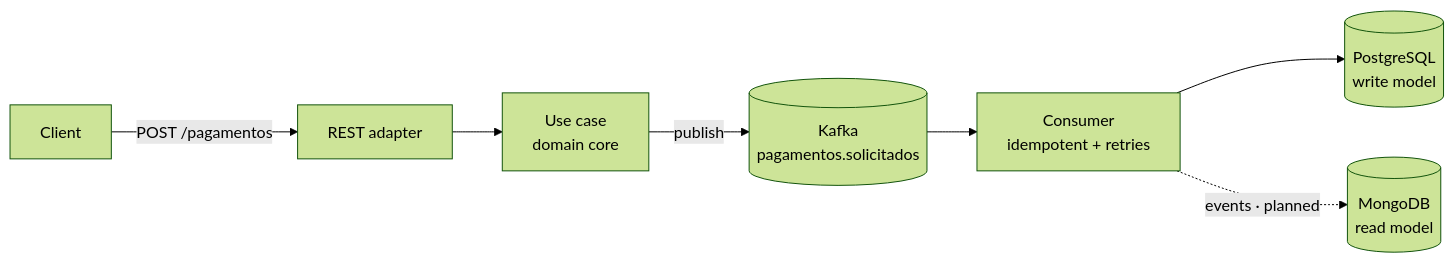
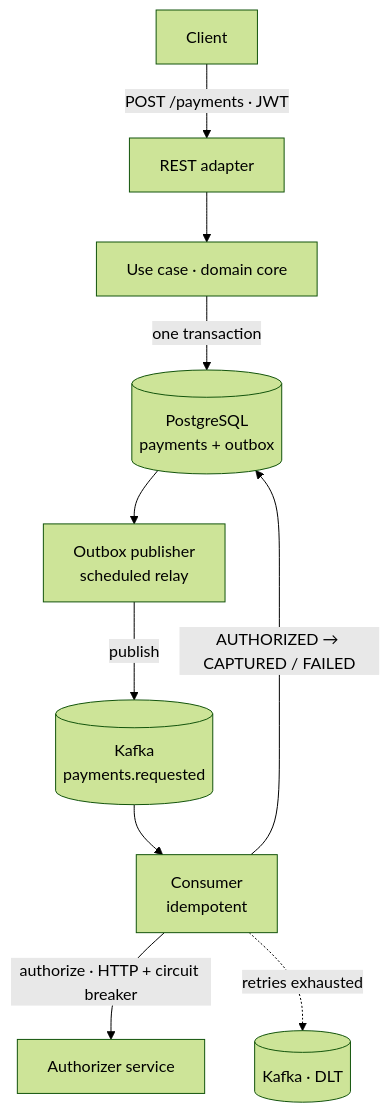
One commit to THenriqueh/THenriqueh changed the diagram in README.md. Above: the diagram before and after it, drawn with Mermaid (forest theme). The commit also changed other lines of this file, not shown here.

````diff
--- a/README.md
+++ b/README.md
@@ -31,9 +31,12 @@
 ```mermaid
-flowchart LR
-    C[Client] -->|POST /pagamentos| API[REST adapter]
-    API --> UC[Use case<br/>domain core]
-    UC -->|publish| K[(Kafka<br/>pagamentos.solicitados)]
-    K --> P[Consumer<br/>idempotent + retries]
-    P --> DB[(PostgreSQL<br/>write model)]
-    P -.->|events · planned| Q[(MongoDB<br/>read model)]
+flowchart TB
+    C[Client] -->|POST /payments · JWT| API[REST adapter]
+    API --> UC[Use case · domain core]
+    UC -->|one transaction| DB[(PostgreSQL<br/>payments + outbox)]
+    DB --> OB[Outbox publisher<br/>scheduled relay]
+    OB -->|publish| K[(Kafka<br/>payments.requested)]
+    K --> P[Consumer<br/>idempotent]
+    P -->|authorize · HTTP + circuit breaker| AUTH[Authorizer service]
+    P -->|AUTHORIZED → CAPTURED / FAILED| DB
+    P -.->|retries exhausted| DLQ[(Kafka · DLT)]
 ```
````
